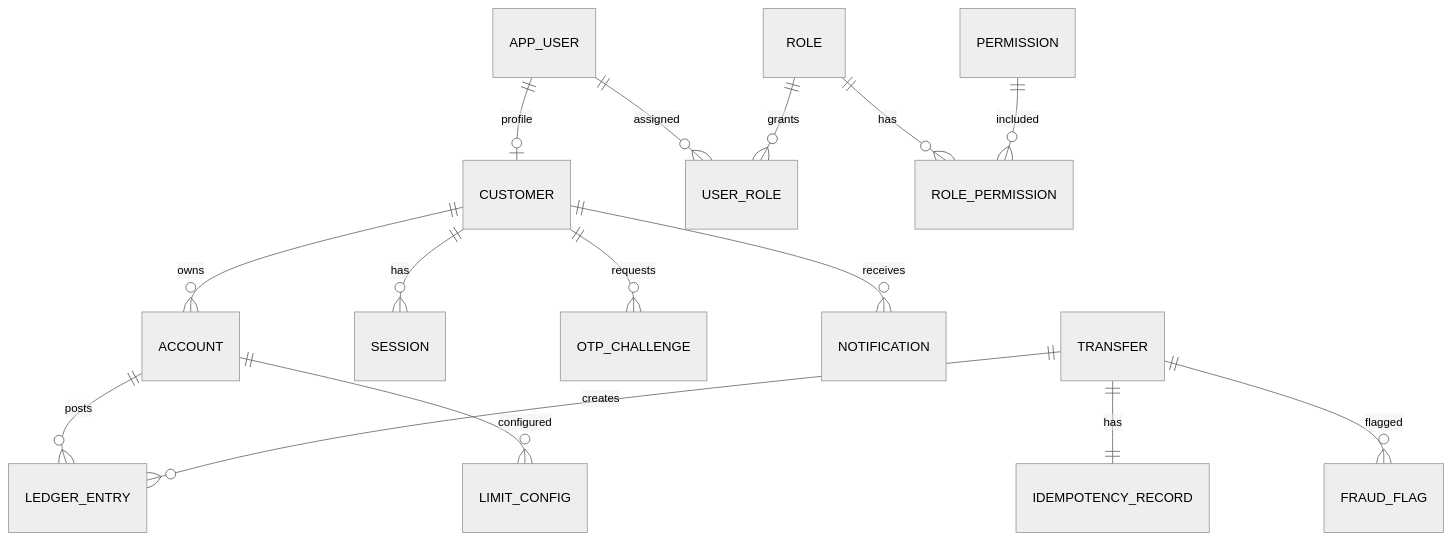
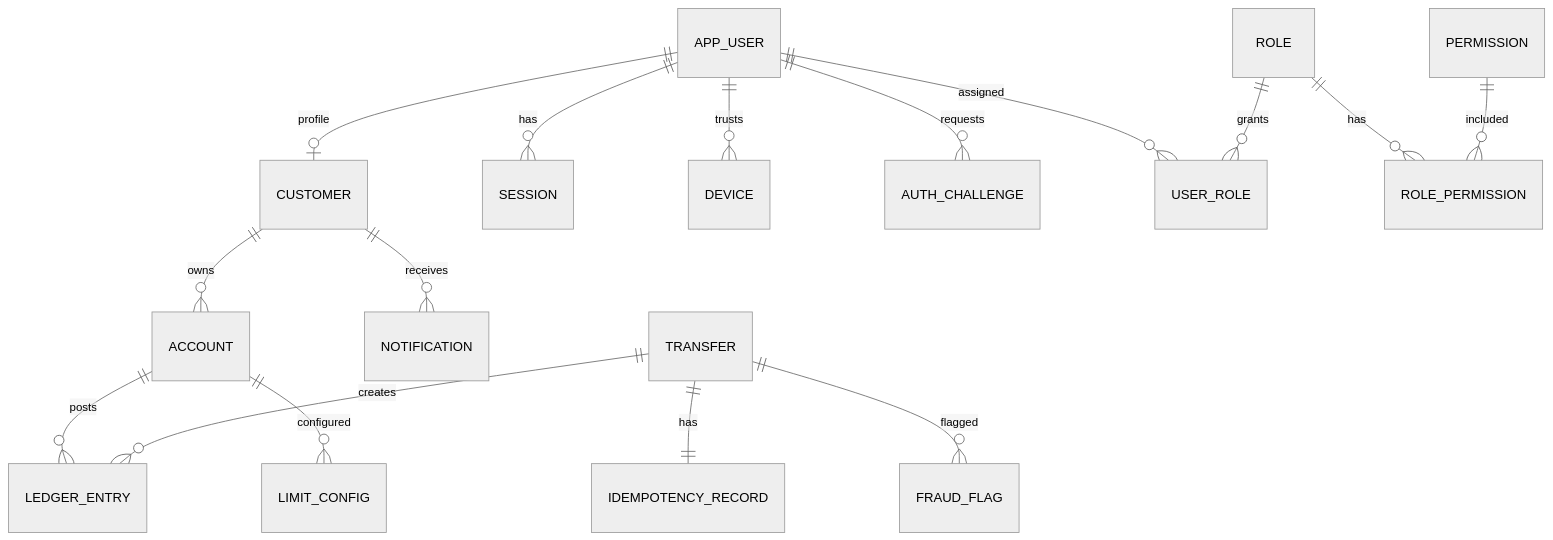
Before and after one commit to TNoLisme/cloude: the sixth of 6 diagrams in digitalbanking-docs/docs-common/03. SRS.md, drawn with Mermaid (neutral theme). The commit also changed other lines of this file and 110 other files, not shown here.

````diff
--- a/digitalbanking-docs/docs-common/03. SRS.md
+++ b/digitalbanking-docs/docs-common/03. SRS.md
@@ -952,17 +956,18 @@
 ```mermaid
 erDiagram
     APP_USER ||--o| CUSTOMER : profile
+    APP_USER ||--o{ SESSION : has
+    APP_USER ||--o{ DEVICE : trusts
+    APP_USER ||--o{ AUTH_CHALLENGE : requests
     APP_USER ||--o{ USER_ROLE : assigned
     ROLE ||--o{ USER_ROLE : grants
     ROLE ||--o{ ROLE_PERMISSION : has
     PERMISSION ||--o{ ROLE_PERMISSION : included
     CUSTOMER ||--o{ ACCOUNT : owns
-    CUSTOMER ||--o{ SESSION : has
-    CUSTOMER ||--o{ OTP_CHALLENGE : requests
     CUSTOMER ||--o{ NOTIFICATION : receives
     ACCOUNT ||--o{ LEDGER_ENTRY : posts
     ACCOUNT ||--o{ LIMIT_CONFIG : configured
     TRANSFER ||--o{ LEDGER_ENTRY : creates
     TRANSFER ||--|| IDEMPOTENCY_RECORD : has
     TRANSFER ||--o{ FRAUD_FLAG : flagged
 ```
````
